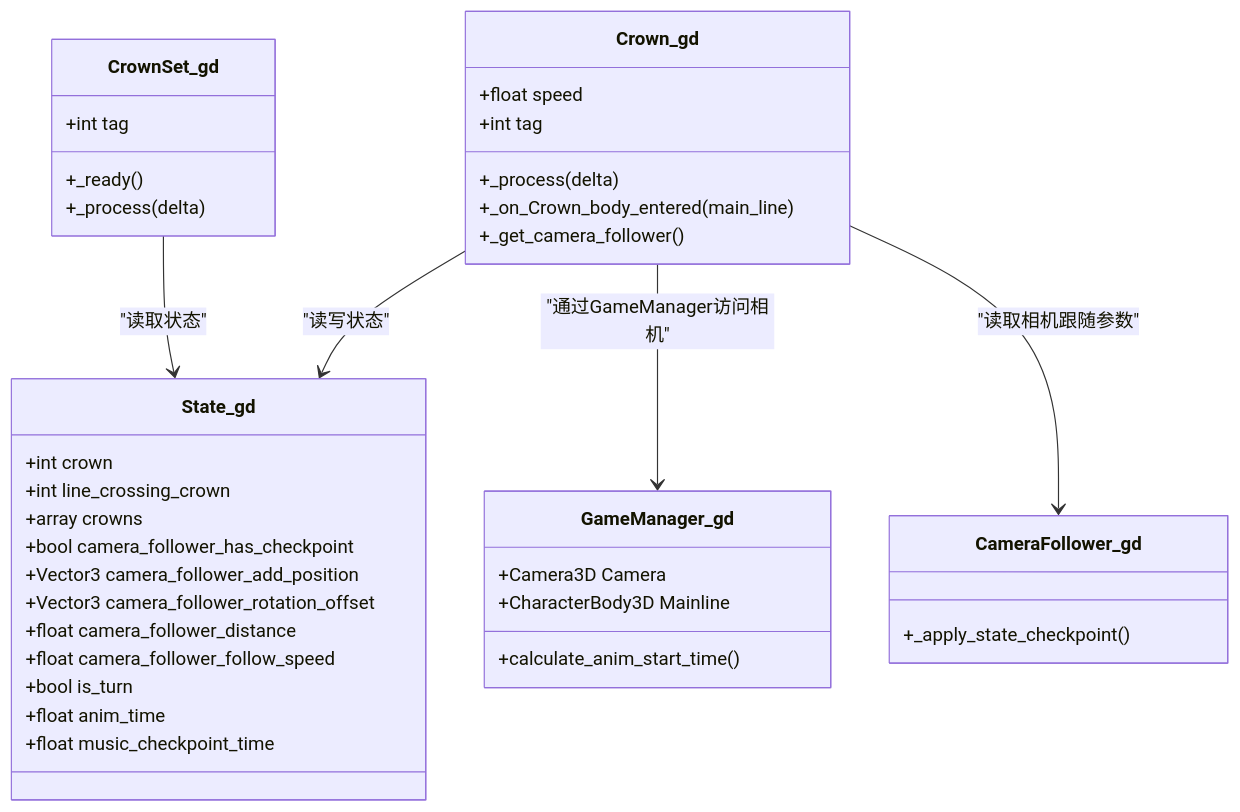
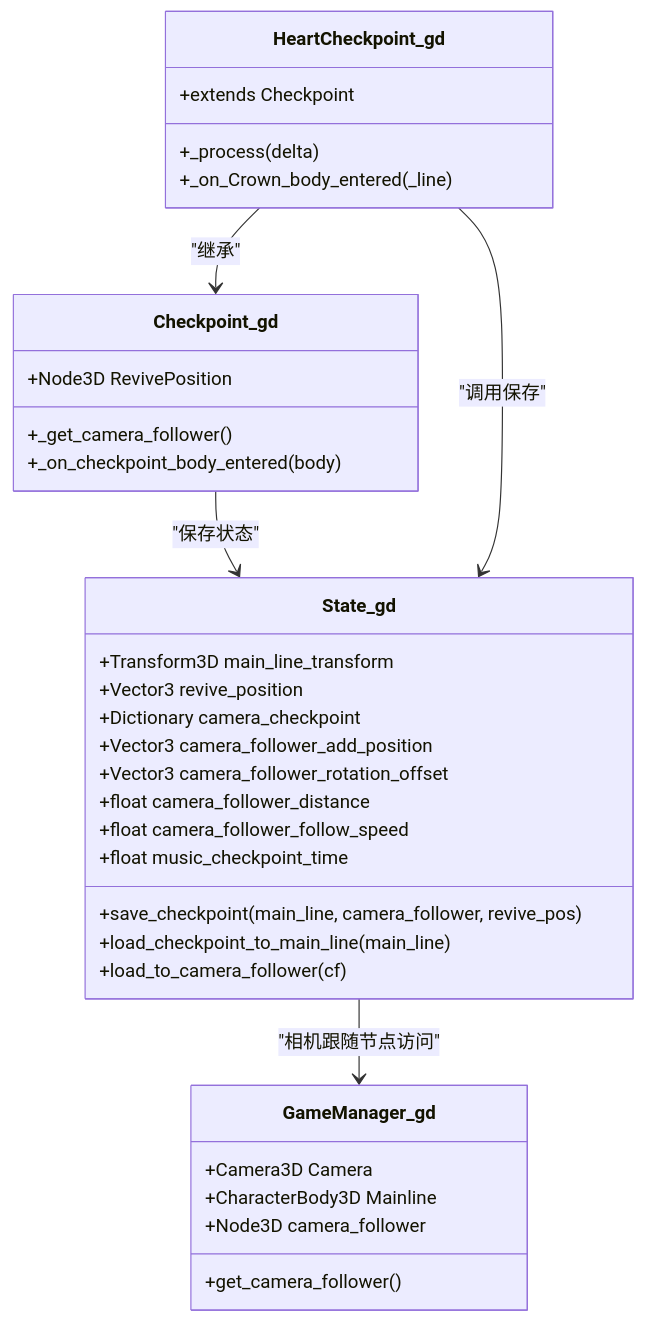
Before and after one commit to godotline/godot-line: the fourth of 4 diagrams in .qoder/repowiki/zh/content/游戏系统/触发器系统/Crown触发器.md, drawn with Mermaid. The commit also changed other lines of this file and 55 other files, not shown here.

````diff
--- a/.qoder/repowiki/zh/content/游戏系统/触发器系统/Crown触发器.md
+++ b/.qoder/repowiki/zh/content/游戏系统/触发器系统/Crown触发器.md
@@ -329,40 +315,36 @@
 ```mermaid
 classDiagram
-class Crown_gd {
-+float speed
-+int tag
+class HeartCheckpoint_gd {
++extends Checkpoint
 +_process(delta)
-+_on_Crown_body_entered(main_line)
++_on_Crown_body_entered(_line)
+}
+class Checkpoint_gd {
++Node3D RevivePosition
 +_get_camera_follower()
-}
-class CrownSet_gd {
-+int tag
-+_ready()
-+_process(delta)
++_on_checkpoint_body_entered(body)
 }
 class State_gd {
-+int crown
-+int line_crossing_crown
-+array crowns
-+bool camera_follower_has_checkpoint
++Transform3D main_line_transform
++Vector3 revive_position
++Dictionary camera_checkpoint
 +Vector3 camera_follower_add_position
 +Vector3 camera_follower_rotation_offset
 +float camera_follower_distance
 +float camera_follower_follow_speed
-+bool is_turn
-+float anim_time
 +float music_checkpoint_time
++save_checkpoint(main_line, camera_follower, revive_pos)
++load_checkpoint_to_main_line(main_line)
++load_to_camera_follower(cf)
 }
 class GameManager_gd {
 +Camera3D Camera
 +CharacterBody3D Mainline
-+calculate_anim_start_time()
++Node3D camera_follower
++get_camera_follower()
 }
-class CameraFollower_gd {
-+_apply_state_checkpoint()
-}
-Crown_gd --> State_gd : "读写状态"
-Crown_gd --> GameManager_gd : "通过GameManager访问相机"
-Crown_gd --> CameraFollower_gd : "读取相机跟随参数"
-CrownSet_gd --> State_gd : "读取状态"
+HeartCheckpoint_gd --> Checkpoint_gd : "继承"
+Checkpoint_gd --> State_gd : "保存状态"
+HeartCheckpoint_gd --> State_gd : "调用保存"
+State_gd --> GameManager_gd : "相机跟随节点访问"
 ```
````
